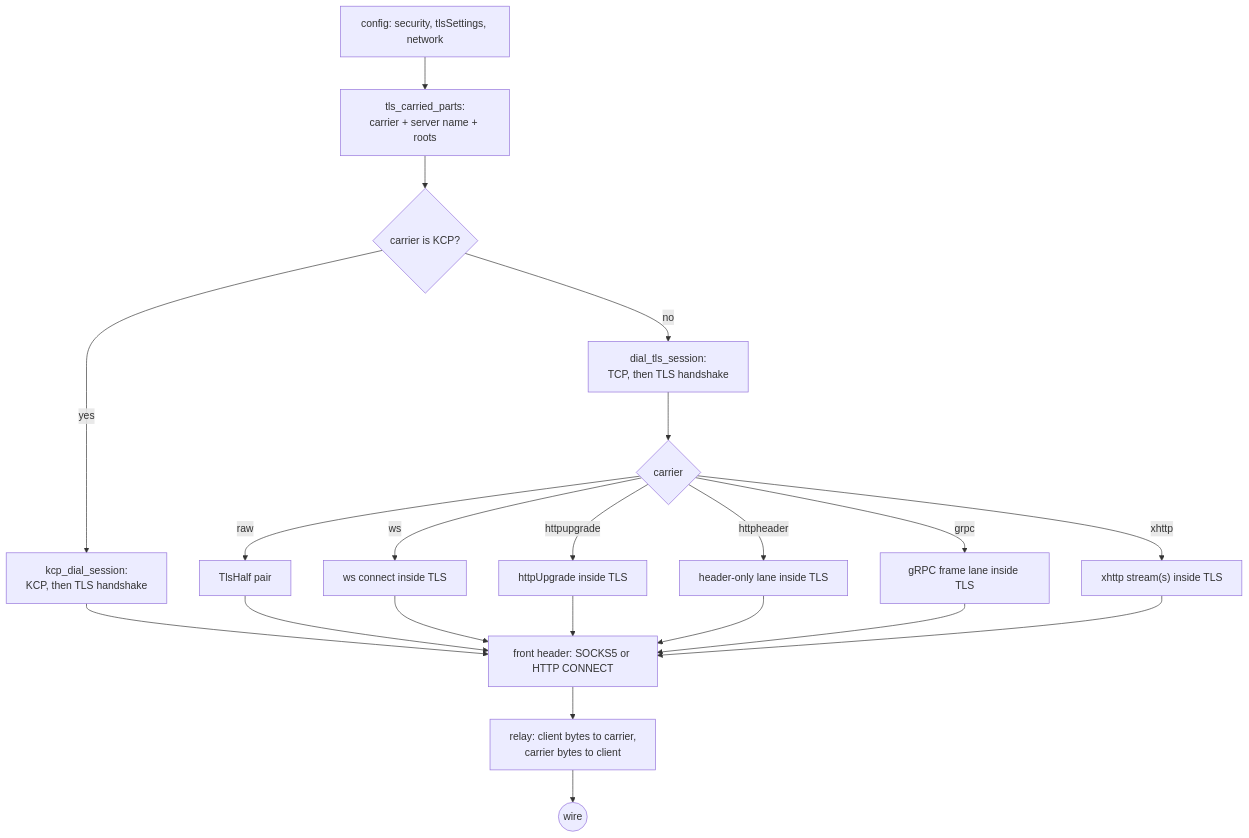
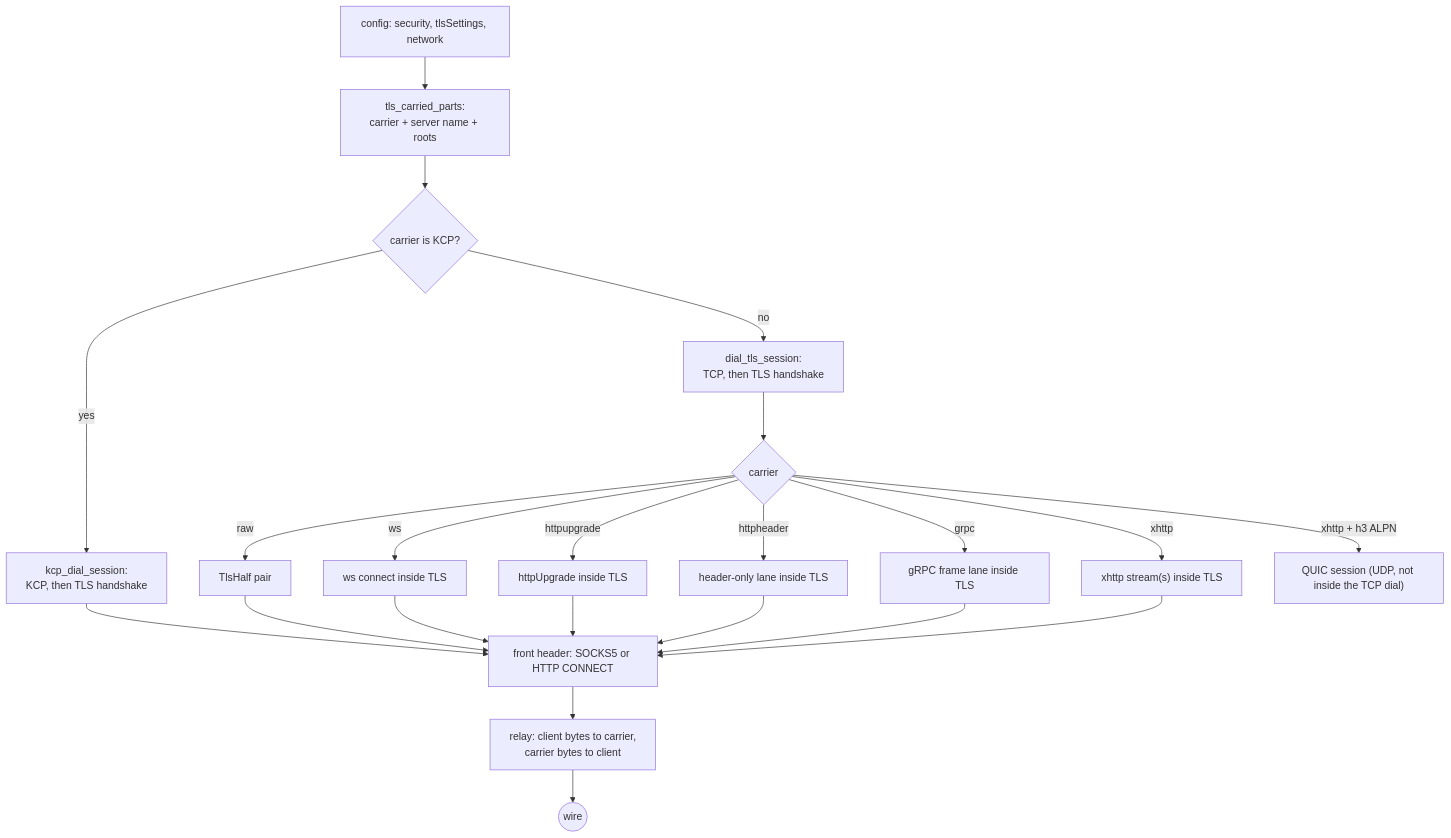
The diagram in docs/function/tls-client.md (Ferrocite/ferrox), drawn with Mermaid before and after one commit. The commit also changed other lines of this file and 14 other files, not shown here.

````diff
--- a/docs/function/tls-client.md
+++ b/docs/function/tls-client.md
@@ -25,23 +26,24 @@
 ```mermaid
 graph TD
     C["config: security, tlsSettings, network"] --> P["tls_carried_parts:<br/>carrier + server name + roots"]
     P --> K{"carrier is KCP?"}
     K -->|yes| KD["kcp_dial_session:<br/>KCP, then TLS handshake"]
     KD --> F
     K -->|no| D["dial_tls_session:<br/>TCP, then TLS handshake"]
     D --> W{"carrier"}
     W -->|raw| R["TlsHalf pair"]
     W -->|ws| WS["ws connect inside TLS"]
     W -->|httpupgrade| HU["httpUpgrade inside TLS"]
     W -->|httpheader| HH["header-only lane inside TLS"]
     W -->|grpc| G["gRPC frame lane inside TLS"]
     W -->|xhttp| X["xhttp stream(s) inside TLS"]
+    W -->|"xhttp + h3 ALPN"| Q["QUIC session (UDP, not inside the TCP dial)"]
     R --> F["front header: SOCKS5 or HTTP CONNECT"]
     WS --> F
     HU --> F
     HH --> F
     G --> F
     X --> F
     F --> L["relay: client bytes to carrier,<br/>carrier bytes to client"]
     L --> O(("wire"))
 ```
````
